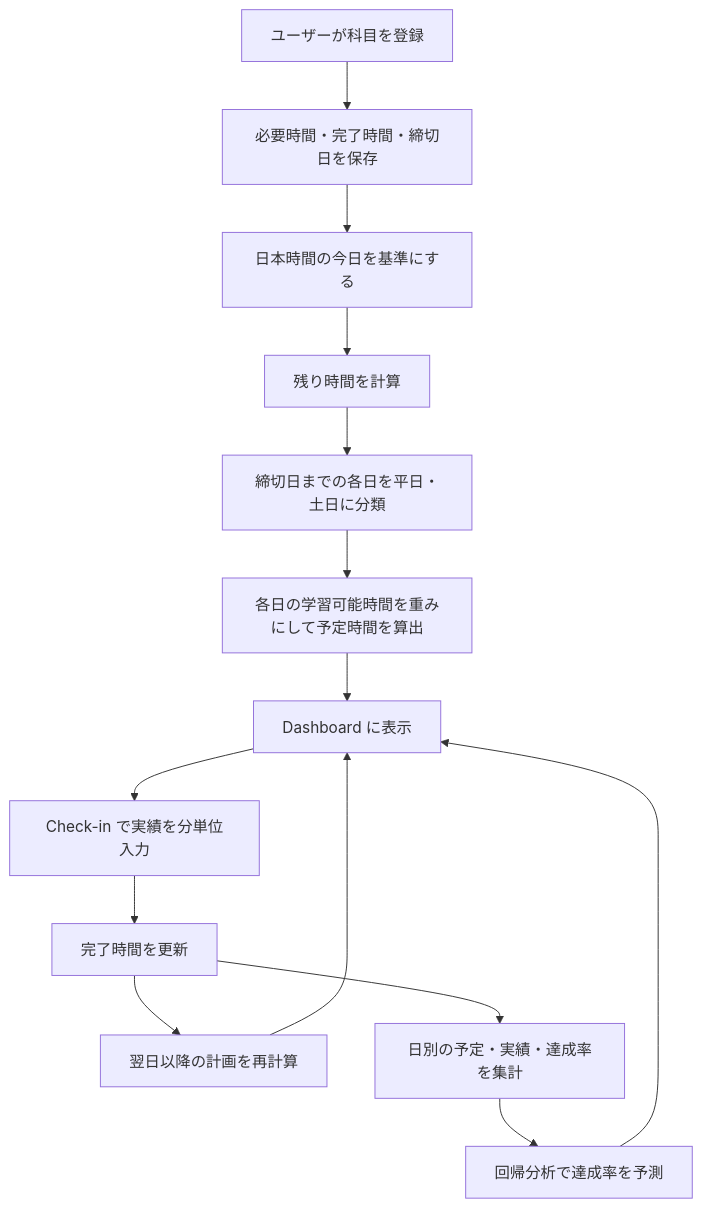
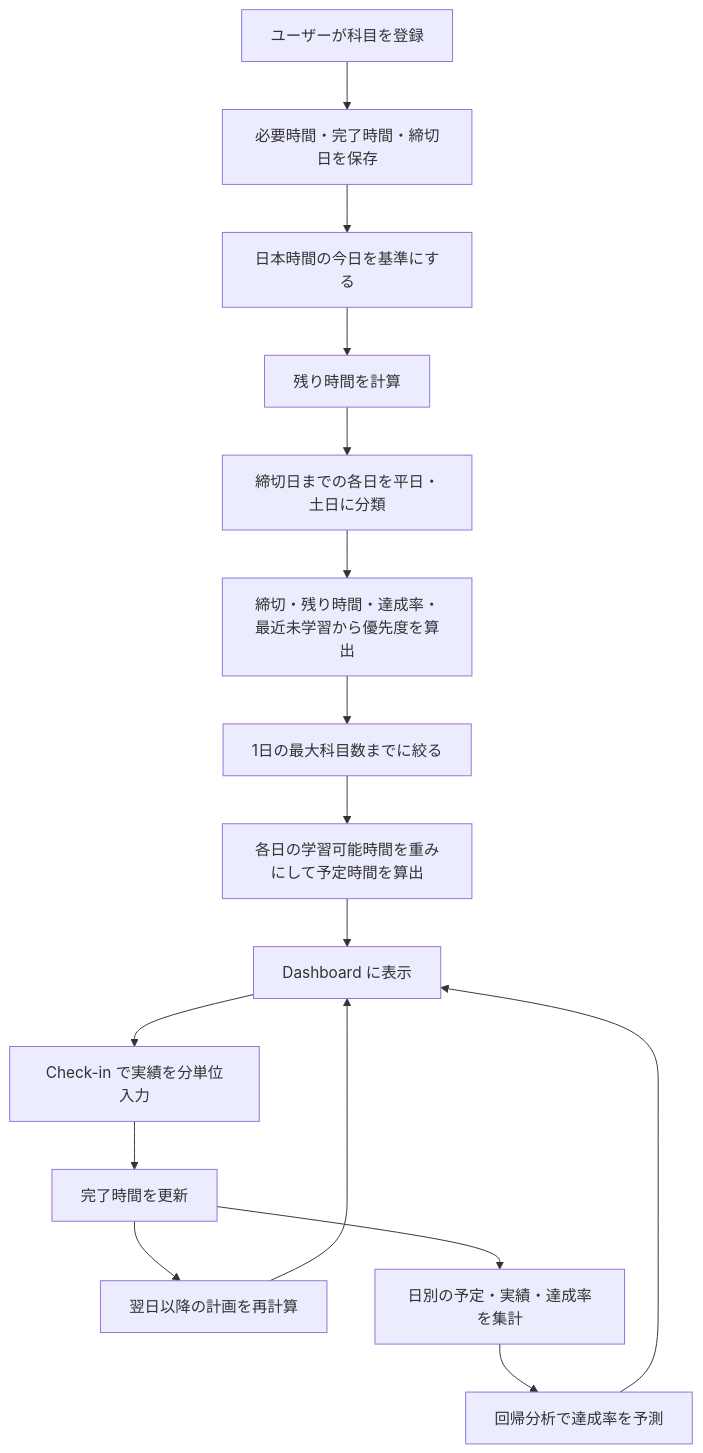
Before and after one commit to yuina368/ScheduleSystemAI: the second of 3 diagrams in README.md, drawn with Mermaid. The commit also changed other lines of this file and 12 other files, not shown here.

````diff
--- a/README.md
+++ b/README.md
@@ -93,16 +95,18 @@
 ```mermaid
 flowchart TD
   A["ユーザーが科目を登録"] --> B["必要時間・完了時間・締切日を保存"]
   B --> C["日本時間の今日を基準にする"]
   C --> D["残り時間を計算"]
   D --> E["締切日までの各日を平日・土日に分類"]
-  E --> F["各日の学習可能時間を重みにして予定時間を算出"]
-  F --> G["Dashboard に表示"]
-  G --> H["Check-in で実績を分単位入力"]
-  H --> I["完了時間を更新"]
-  I --> J["翌日以降の計画を再計算"]
-  J --> G
-  I --> K["日別の予定・実績・達成率を集計"]
-  K --> L["回帰分析で達成率を予測"]
-  L --> G
+  E --> F["締切・残り時間・達成率・最近未学習から優先度を算出"]
+  F --> G["1日の最大科目数までに絞る"]
+  G --> H["各日の学習可能時間を重みにして予定時間を算出"]
+  H --> I["Dashboard に表示"]
+  I --> J["Check-in で実績を分単位入力"]
+  J --> K["完了時間を更新"]
+  K --> L["翌日以降の計画を再計算"]
+  L --> I
+  K --> M["日別の予定・実績・達成率を集計"]
+  M --> N["回帰分析で達成率を予測"]
+  N --> I
 ```
````
